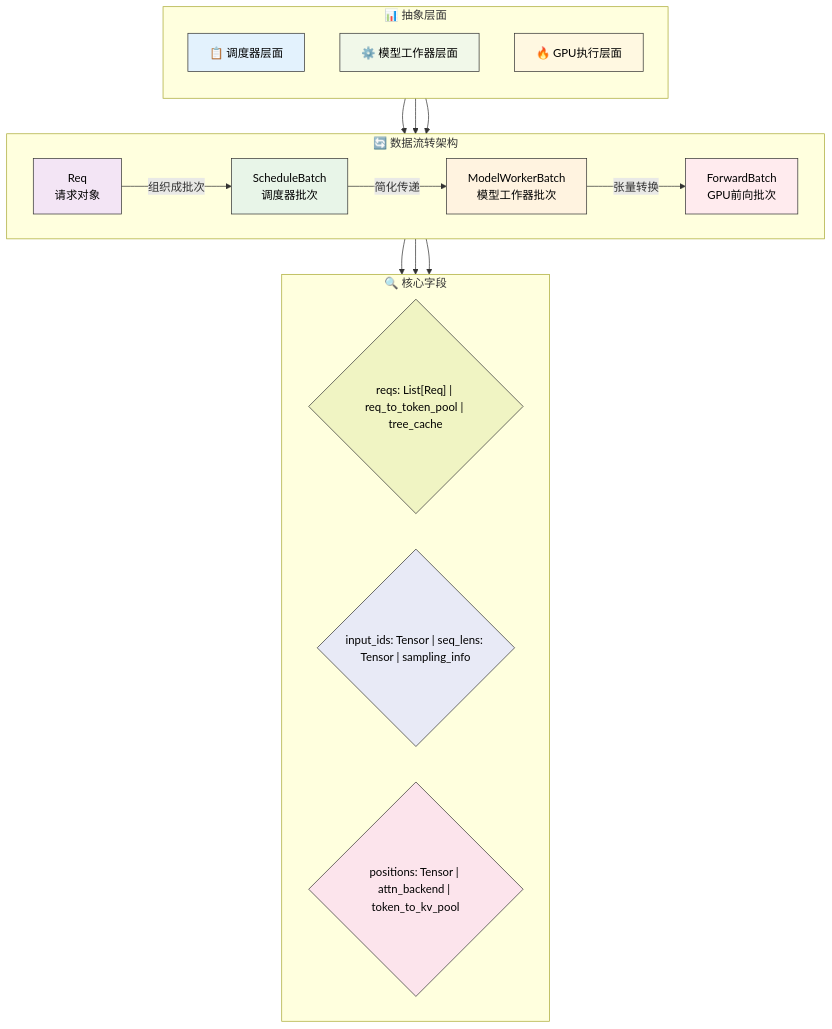
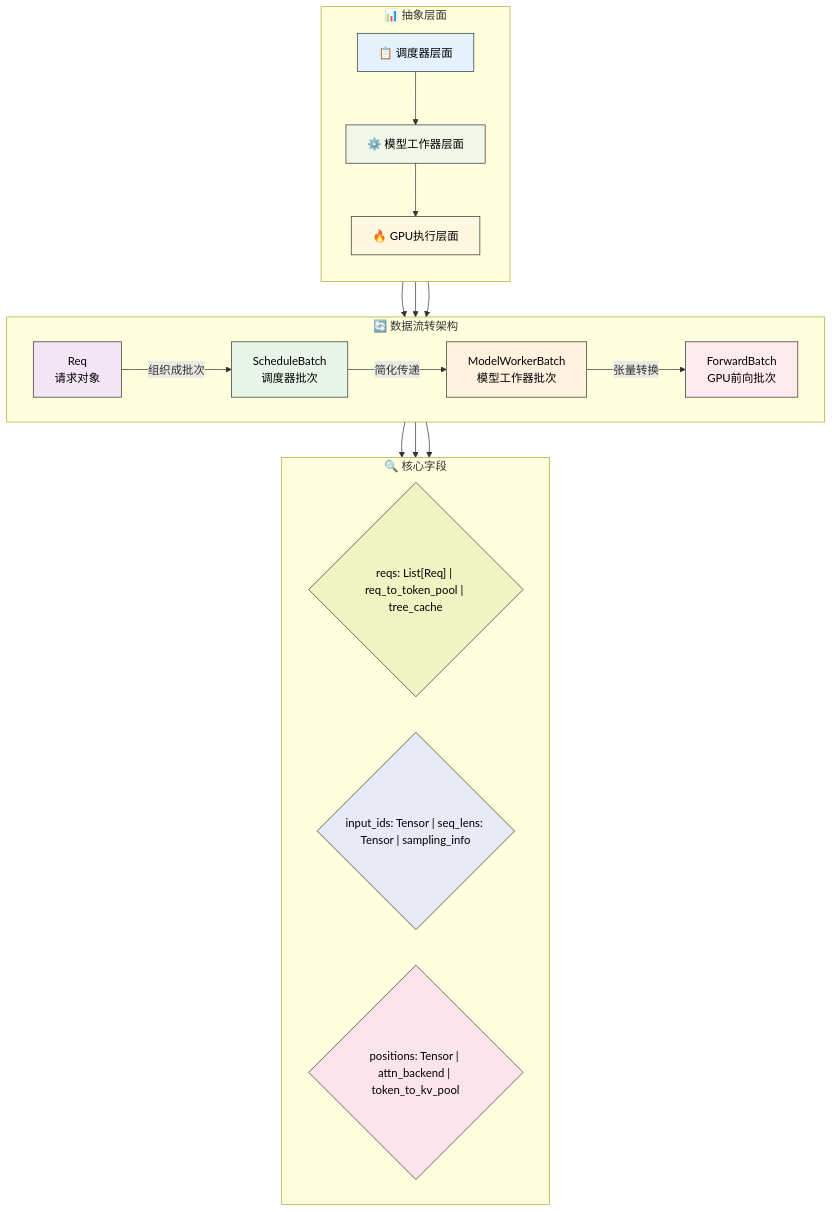
Before and after one commit to JRChen0927/sglang: the diagram in SGLang开发者技术文档/01-调度器/02-核心数据结构.md, drawn with Mermaid.

````diff
--- a/SGLang开发者技术文档/01-调度器/02-核心数据结构.md
+++ b/SGLang开发者技术文档/01-调度器/02-核心数据结构.md
@@ -21,34 +21,39 @@
 ```mermaid
 graph TD
     subgraph "🔄 数据流转架构"
         direction LR
         Req[Req<br/>请求对象] -->|组织成批次| ScheduleBatch[ScheduleBatch<br/>调度器批次]
         ScheduleBatch -->|简化传递| ModelWorkerBatch[ModelWorkerBatch<br/>模型工作器批次]
         ModelWorkerBatch -->|张量转换| ForwardBatch[ForwardBatch<br/>GPU前向批次]
     end
 
     subgraph "📊 抽象层面"
         direction TB
-        A["📋 调度器层面"] --> ScheduleBatch
-        B["⚙️ 模型工作器层面"] --> ModelWorkerBatch
-        C["🔥 GPU执行层面"] --> ForwardBatch
+        A["📋 调度器层面"]
+        B["⚙️ 模型工作器层面"] 
+        C["🔥 GPU执行层面"]
+        A --> B --> C
     end
+    
+    A --> ScheduleBatch
+    B --> ModelWorkerBatch
+    C --> ForwardBatch
 
     subgraph "🔍 核心字段"
         direction LR
         ScheduleBatch --> SB_Fields{"reqs: List[Req] | req_to_token_pool | tree_cache"}
         ModelWorkerBatch --> MWB_Fields{"input_ids: Tensor | seq_lens: Tensor | sampling_info"}
         ForwardBatch --> FB_Fields{"positions: Tensor | attn_backend | token_to_kv_pool"}
     end
 
     style A fill:#e3f2fd,color:#000000,stroke:#333
     style B fill:#f1f8e9,color:#000000,stroke:#333
     style C fill:#fff8e1,color:#000000,stroke:#333
     style Req fill:#f3e5f5,color:#000000,stroke:#333
     style ScheduleBatch fill:#e8f5e8,color:#000000,stroke:#333
     style ModelWorkerBatch fill:#fff3e0,color:#000000,stroke:#333
     style ForwardBatch fill:#ffebee,color:#000000,stroke:#333
     style SB_Fields fill:#f0f4c3,color:#000000,stroke:#333
     style MWB_Fields fill:#e8eaf6,color:#000000,stroke:#333
     style FB_Fields fill:#fce4ec,color:#000000,stroke:#333
 ```
````
